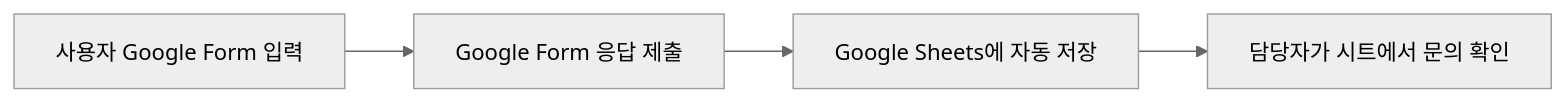
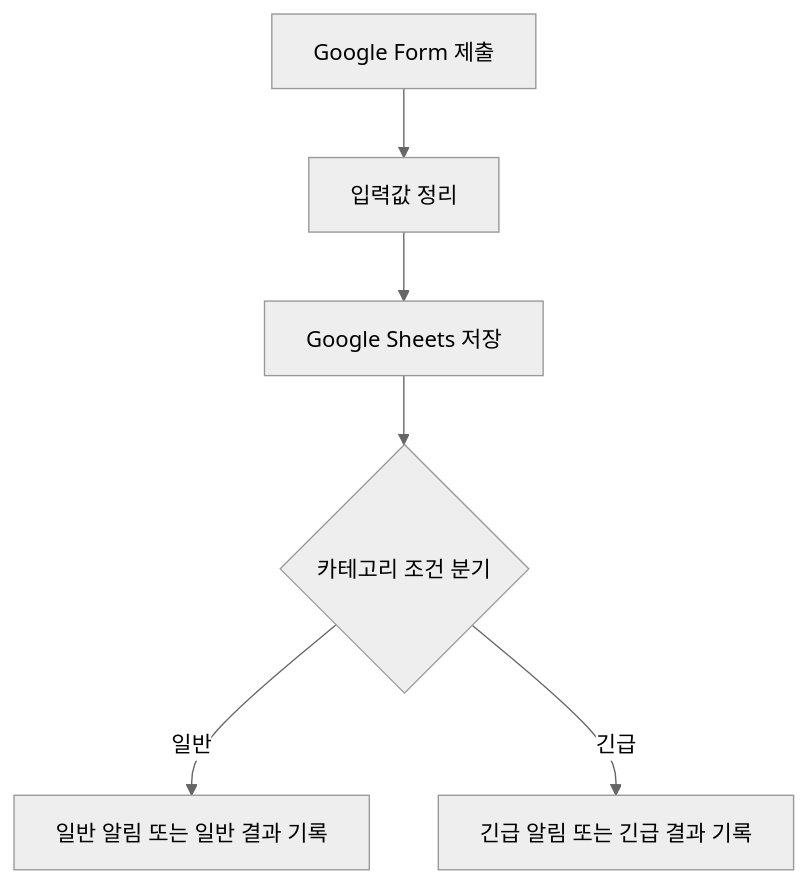
Before and after one commit to Astrophotographer/codysseyb1-3: the diagram in docs/project1-automation-tool-comparison.md, drawn with Mermaid (neutral theme). The commit also changed other lines of this file and 4 other files, not shown here.

````diff
--- a/docs/project1-automation-tool-comparison.md
+++ b/docs/project1-automation-tool-comparison.md
@@ -15,6 +15,8 @@
 ```mermaid
-flowchart LR
-    A[사용자 Google Form 입력] --> B[Google Form 응답 제출]
-    B --> C[Google Sheets에 자동 저장]
-    C --> D[담당자가 시트에서 문의 확인]
+flowchart TD
+    A[Google Form 제출] --> B[입력값 정리]
+    B --> C[Google Sheets 저장]
+    C --> D{카테고리 조건 분기}
+    D -->|일반| E[일반 알림 또는 일반 결과 기록]
+    D -->|긴급| F[긴급 알림 또는 긴급 결과 기록]
 ```
````
